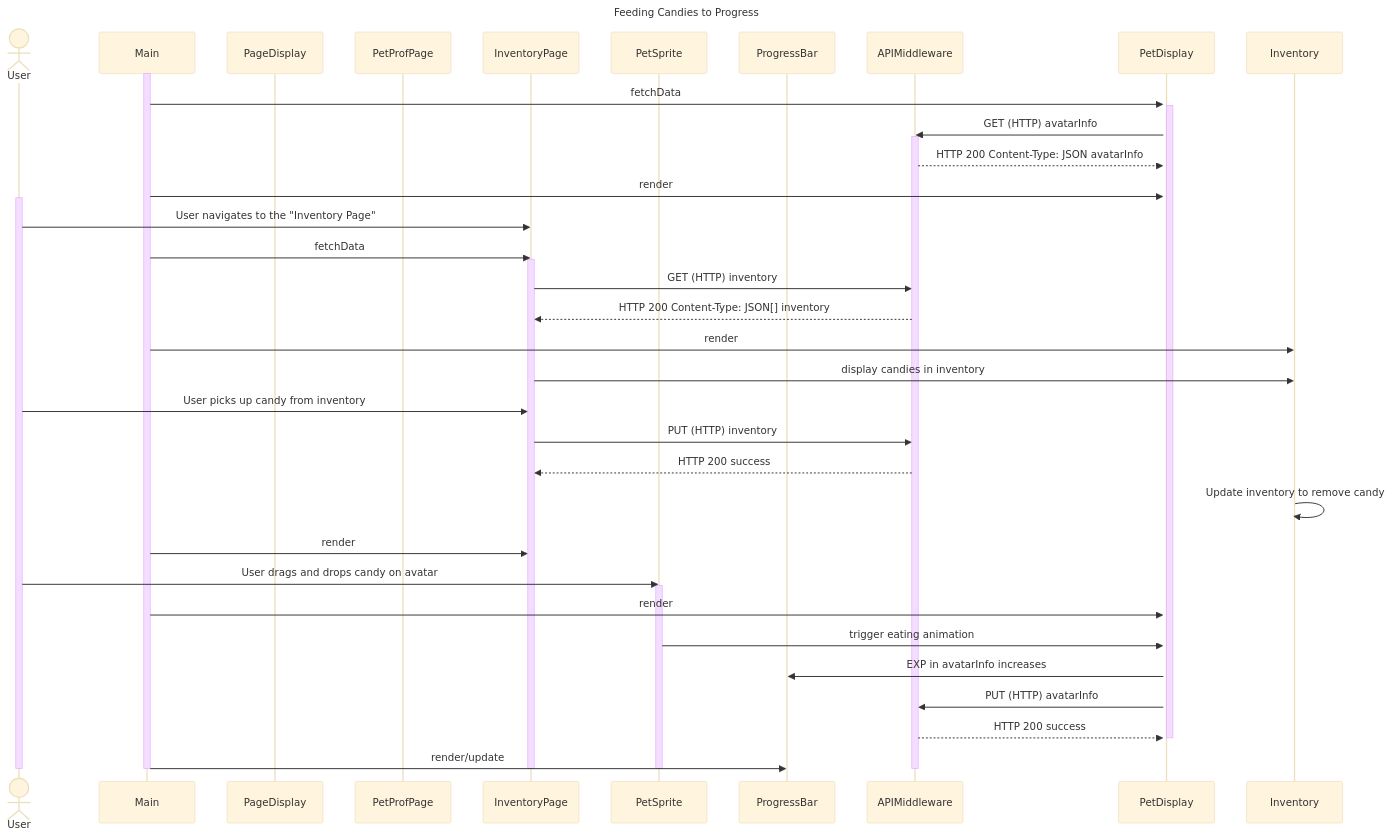
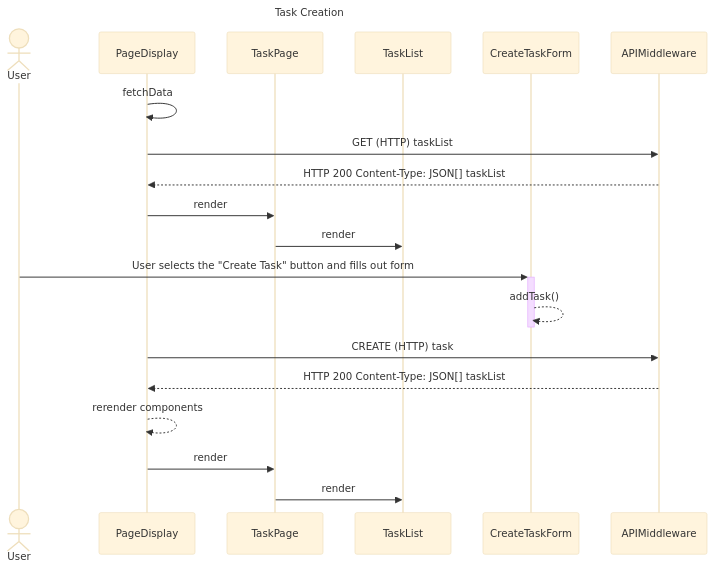
One commit to Capstone-Projects-2023-Spring/project-virtual-pet changed the fifth of 7 diagrams in documentation/docs/system-architecture/sequence-diagrams.md. Above: the diagram before and after it, drawn with Mermaid (base theme). The commit also changed other lines of this file and 1 other file, not shown here.

````diff
--- a/documentation/docs/system-architecture/sequence-diagrams.md
+++ b/documentation/docs/system-architecture/sequence-diagrams.md
@@ -237,56 +225,24 @@
 ```mermaid
 sequenceDiagram
-title Feeding Candies to Progress
-    actor User
-    participant Main
+title Task Creation
+    actor u as User
     participant PageDisplay
-    participant PetProfPage
-    participant InventoryPage
-    participant PetSprite
-    participant ProgressBar
+    participant TaskPage
+    participant TaskList
+    participant CreateTaskForm
+    
     participant APIMiddleware
-
-    %%set up pet display 
-    activate Main
-    Main ->>+ PetDisplay: fetchData
-    activate PetDisplay
-    PetDisplay ->> APIMiddleware: GET (HTTP) avatarInfo
-    activate APIMiddleware
-    APIMiddleware -->> PetDisplay: HTTP 200 Content-Type: JSON avatarInfo
-    Main ->> PetDisplay: render
-
-    activate User
-    User ->>InventoryPage: User navigates to the "Inventory Page"
-
-    %% set up inventory page display
-    Main ->> InventoryPage: fetchData
-    activate InventoryPage
-    InventoryPage ->> APIMiddleware: GET (HTTP) inventory
-    APIMiddleware -->> InventoryPage: HTTP 200 Content-Type: JSON[] inventory
-    Main ->> Inventory: render
-    InventoryPage ->> Inventory: display candies in inventory
-    
-    %% pick up candies
-    User ->> InventoryPage: User picks up candy from inventory
-    InventoryPage ->> APIMiddleware: PUT (HTTP) inventory 
-    APIMiddleware -->> InventoryPage: HTTP 200 success
-    Inventory ->> Inventory: Update inventory to remove candy
-    Main ->> InventoryPage: render
-
-    %% drag/drop
-    User ->> PetSprite: User drags and drops candy on avatar
-    activate PetSprite
-    Main ->> PetDisplay: render
-    PetSprite ->> PetDisplay: trigger eating animation
-    PetDisplay ->> ProgressBar: EXP in avatarInfo increases
-    PetDisplay ->> APIMiddleware: PUT (HTTP) avatarInfo
-    APIMiddleware -->> PetDisplay: HTTP 200 success
-    deactivate PetDisplay
-    Main ->> ProgressBar: render/update
-
-    deactivate Main
-    deactivate User
-    deactivate APIMiddleware
-    deactivate InventoryPage
-    deactivate PetSprite
+    PageDisplay ->> PageDisplay: fetchData
+    PageDisplay ->> APIMiddleware: GET (HTTP) taskList
+    APIMiddleware -->> PageDisplay: HTTP 200 Content-Type: JSON[] taskList
+    PageDisplay ->> TaskPage: render
+    TaskPage ->> TaskList: render
+    u ->>+ CreateTaskForm: User selects the "Create Task" button and fills out form
+    CreateTaskForm -->> CreateTaskForm: addTask()
+    deactivate CreateTaskForm
+    PageDisplay ->> APIMiddleware: CREATE (HTTP) task
+    APIMiddleware -->> PageDisplay: HTTP 200 Content-Type: JSON[] taskList
+    PageDisplay -->> PageDisplay: rerender components
+    PageDisplay ->> TaskPage: render
+    TaskPage ->> TaskList: render
 ```
````
